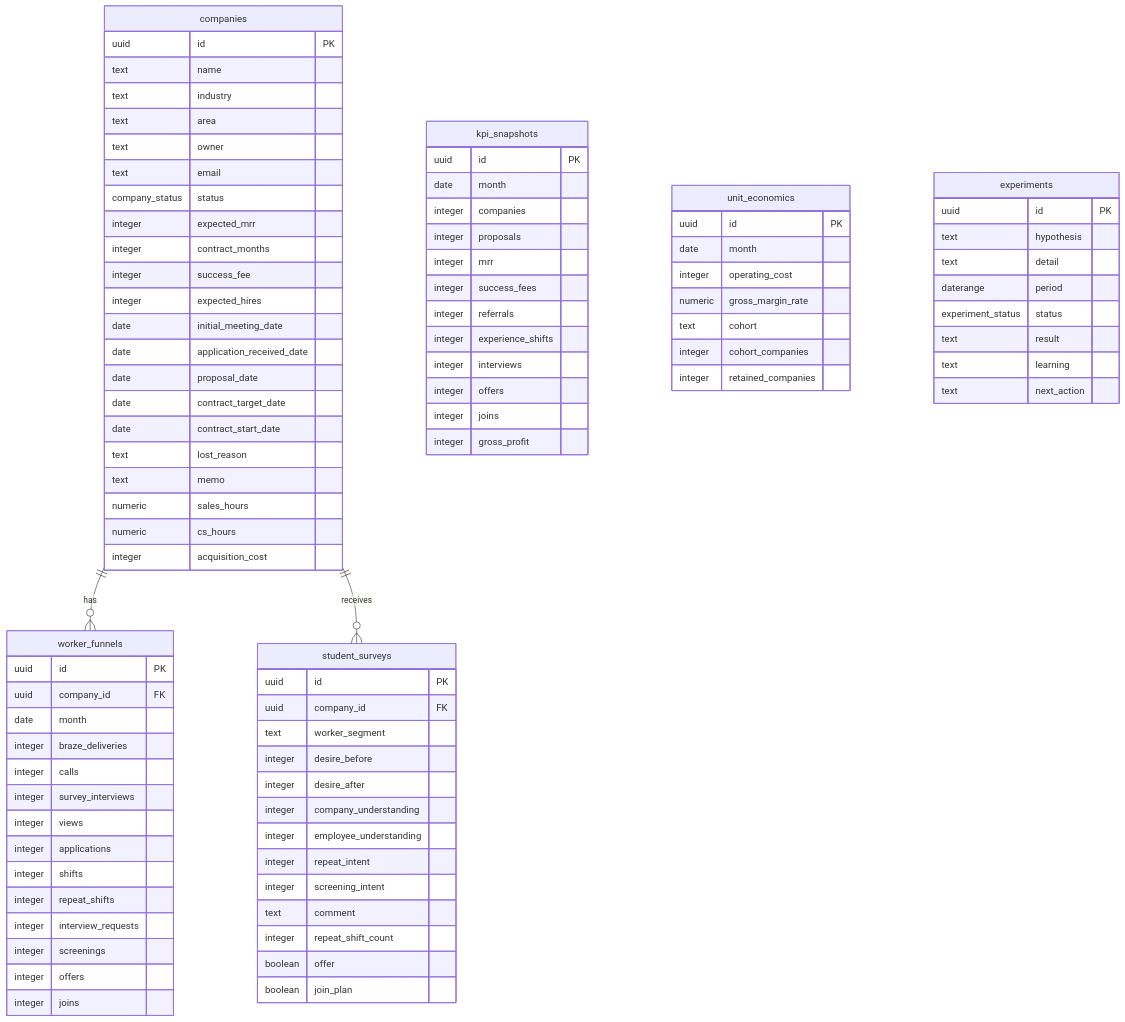
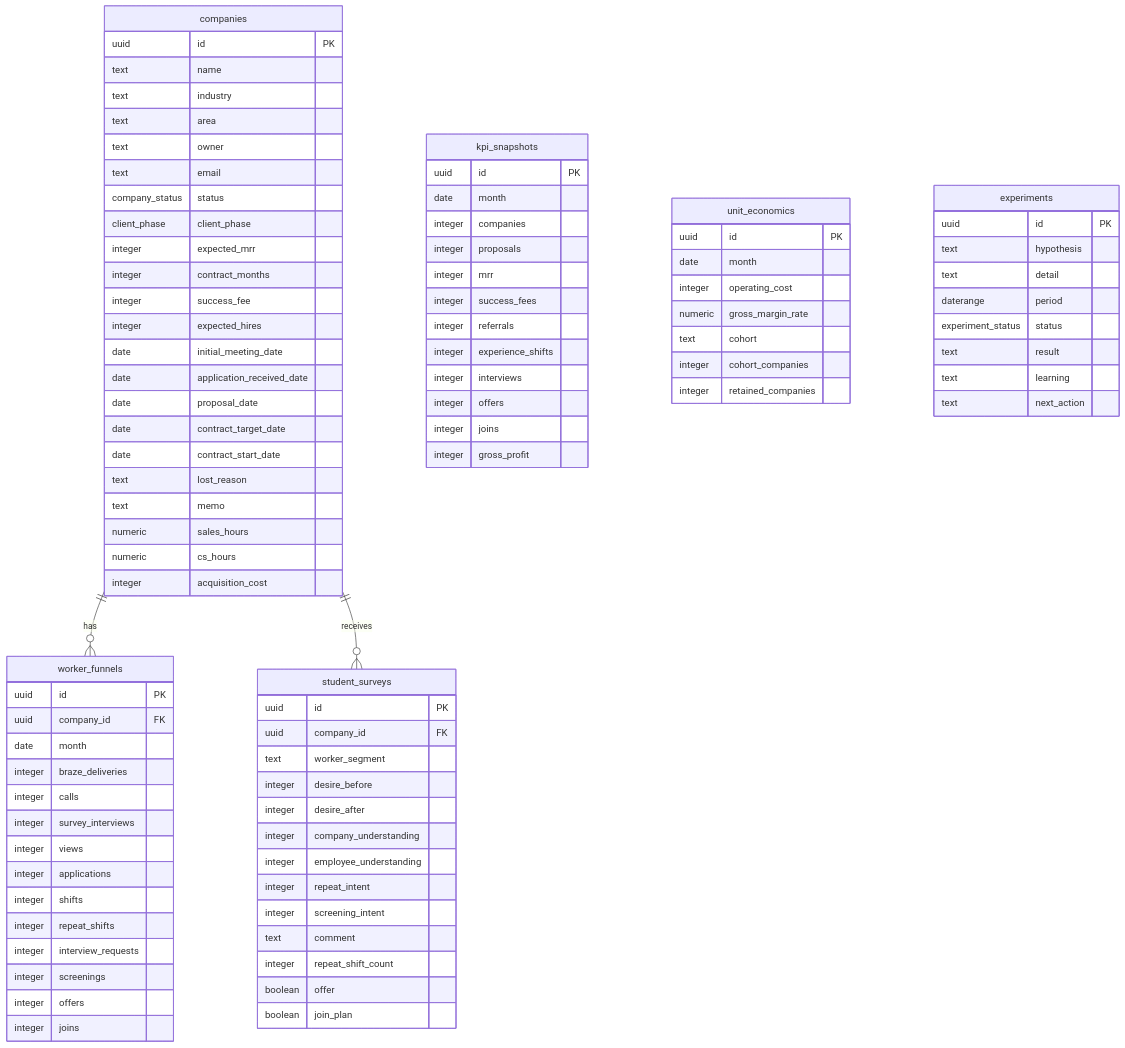
Before and after one commit to Ryo-Sato0922/newgrad-dashboard: the diagram in README.md, drawn with Mermaid. The commit also changed other lines of this file and 7 other files, not shown here.

Commit message:
Add client phase management

```diff
--- a/README.md
+++ b/README.md
@@ -89,6 +90,7 @@
     text owner
     text email
     company_status status
+    client_phase client_phase
     integer expected_mrr
     integer contract_months
     integer success_fee
```
